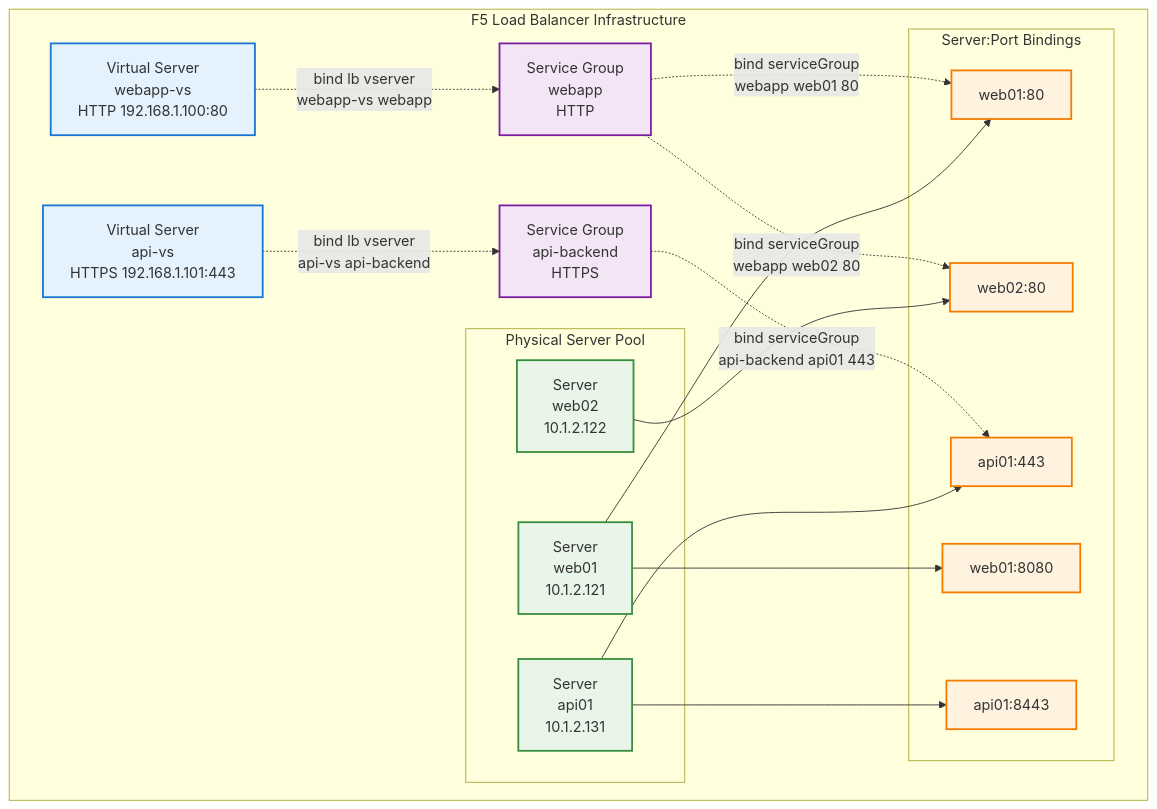
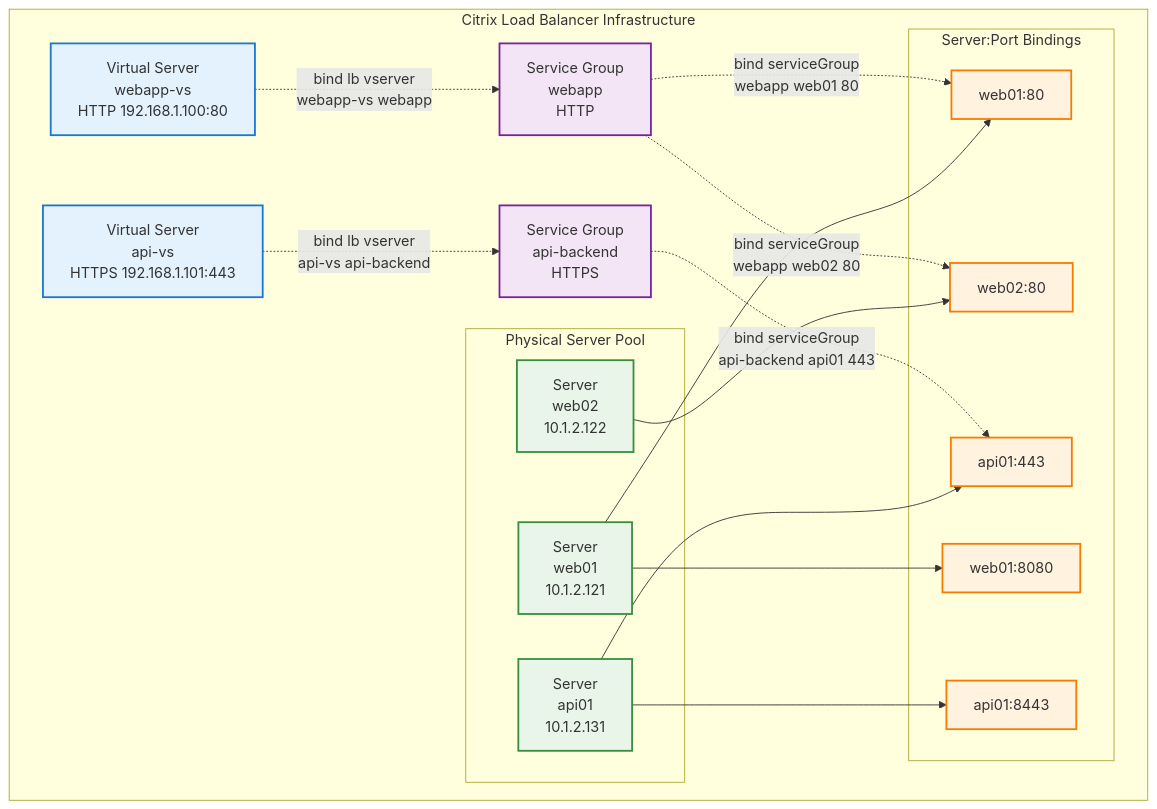
The diagram in README.md (Fabricates/Traefik7), drawn with Mermaid before and after one commit. The commit also changed other lines of this file and 4 other files, not shown here.

````diff
--- a/README.md
+++ b/README.md
@@ -35,51 +35,51 @@
 ```mermaid
 flowchart TB
-    subgraph F5_Infrastructure["F5 Load Balancer Infrastructure"]
+    subgraph Citrix_Infrastructure["Citrix Load Balancer Infrastructure"]
         VServer1[Virtual Server<br/>webapp-vs<br/>HTTP 192.168.1.100:80]
         VServer2[Virtual Server<br/>api-vs<br/>HTTPS 192.168.1.101:443]
         
         ServiceGroup1[Service Group<br/>webapp<br/>HTTP]
         ServiceGroup2[Service Group<br/>api-backend<br/>HTTPS]
         
         subgraph Physical_Servers["Physical Server Pool"]
             Server1[Server<br/>web01<br/>10.1.2.121]
             Server2[Server<br/>web02<br/>10.1.2.122]
             Server3[Server<br/>api01<br/>10.1.2.131]
         end
         
         subgraph Server_Ports["Server:Port Bindings"]
             Port1[web01:80]
             Port2[web01:8080]
             Port3[web02:80]
             Port4[api01:443]
             Port5[api01:8443]
         end
     end
     
     %% Virtual Server to Service Group bindings
     VServer1 -.->|"bind lb vserver<br/>webapp-vs webapp"| ServiceGroup1
     VServer2 -.->|"bind lb vserver<br/>api-vs api-backend"| ServiceGroup2
     
     %% Service Group to Server:Port bindings
     ServiceGroup1 -.->|"bind serviceGroup<br/>webapp web01 80"| Port1
     ServiceGroup1 -.->|"bind serviceGroup<br/>webapp web02 80"| Port3
     ServiceGroup2 -.->|"bind serviceGroup<br/>api-backend api01 443"| Port4
     
     %% Server to Port relationships (one server can have multiple ports)
     Server1 --> Port1
     Server1 --> Port2
     Server2 --> Port3
     Server3 --> Port4
     Server3 --> Port5
     
     %% Styling
     classDef vserver fill:#e3f2fd,stroke:#1976d2,stroke-width:2px
     classDef servicegroup fill:#f3e5f5,stroke:#7b1fa2,stroke-width:2px
     classDef server fill:#e8f5e8,stroke:#388e3c,stroke-width:2px
     classDef port fill:#fff3e0,stroke:#f57c00,stroke-width:2px
     
     class VServer1,VServer2 vserver
     class ServiceGroup1,ServiceGroup2 servicegroup
     class Server1,Server2,Server3 server
     class Port1,Port2,Port3,Port4,Port5 port
 ```
````
